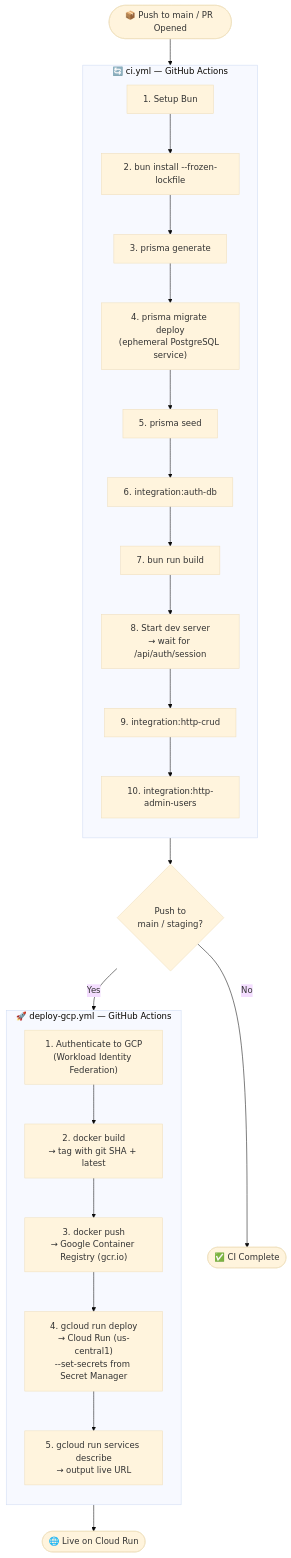
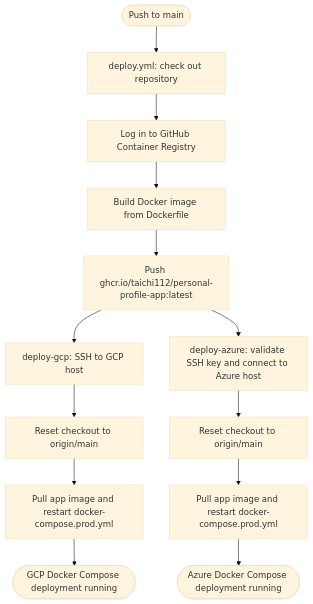
Before and after one commit to TaiChi112/Personal-Profile-Prototype: the fourth of 4 diagrams in README.md, drawn with Mermaid (base theme). The commit also changed other lines of this file, not shown here.

Commit message:
Sync README deployment documentation

````diff
--- a/README.md
+++ b/README.md
@@ -500,31 +495,15 @@
 ```mermaid
 flowchart TD
-    A(["📦 Push to main / PR Opened"]) --> B
-
-    subgraph CI ["🔄 ci.yml — GitHub Actions"]
-        direction TB
-        B["1. Setup Bun"] --> C["2. bun install --frozen-lockfile"]
-        C --> D["3. prisma generate"]
-        D --> E["4. prisma migrate deploy\n(ephemeral PostgreSQL service)"]
-        E --> F["5. prisma seed"]
-        F --> G["6. integration:auth-db"]
-        G --> H["7. bun run build"]
-        H --> I["8. Start dev server\n→ wait for /api/auth/session"]
-        I --> J["9. integration:http-crud"]
-        J --> K["10. integration:http-admin-users"]
-    end
-
-    K --> L{"Push to\nmain / staging?"}
-    L -- "No" --> M(["✅ CI Complete"])
-    L -- "Yes" --> N
-
-    subgraph CD ["🚀 deploy-gcp.yml — GitHub Actions"]
-        direction TB
-        N["1. Authenticate to GCP\n(Workload Identity Federation)"] --> O["2. docker build\n→ tag with git SHA + latest"]
-        O --> P["3. docker push\n→ Google Container Registry (gcr.io)"]
-        P --> Q["4. gcloud run deploy\n→ Cloud Run (us-central1)\n--set-secrets from Secret Manager"]
-        Q --> R["5. gcloud run services describe\n→ output live URL"]
-    end
-
-    R --> S(["🌐 Live on Cloud Run"])
+    A(["Push to main"]) --> B["deploy.yml: check out repository"]
+    B --> C["Log in to GitHub Container Registry"]
+    C --> D["Build Docker image from Dockerfile"]
+    D --> E["Push ghcr.io/taichi112/personal-profile-app:latest"]
+    E --> F["deploy-gcp: SSH to GCP host"]
+    E --> G["deploy-azure: validate SSH key and connect to Azure host"]
+    F --> H["Reset checkout to origin/main"]
+    G --> I["Reset checkout to origin/main"]
+    H --> J["Pull app image and restart docker-compose.prod.yml"]
+    I --> K["Pull app image and restart docker-compose.prod.yml"]
+    J --> L(["GCP Docker Compose deployment running"])
+    K --> M(["Azure Docker Compose deployment running"])
 ```
````
